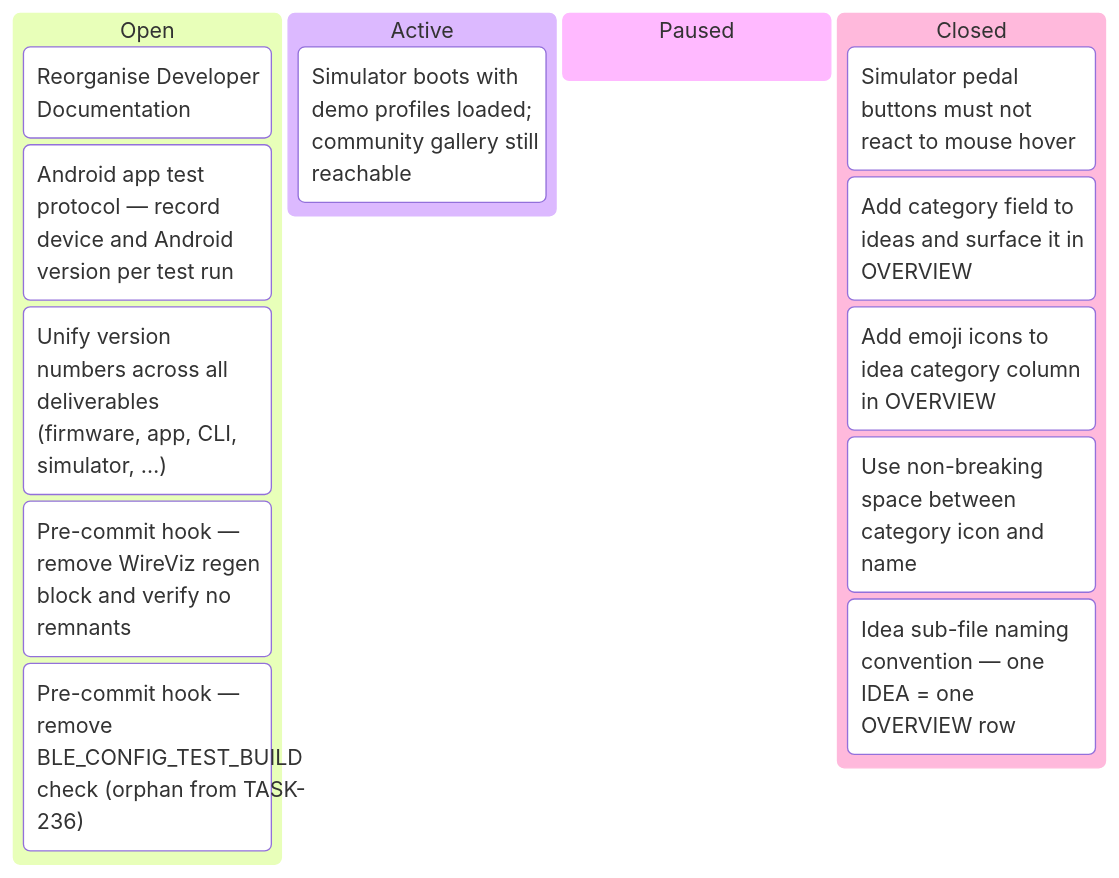
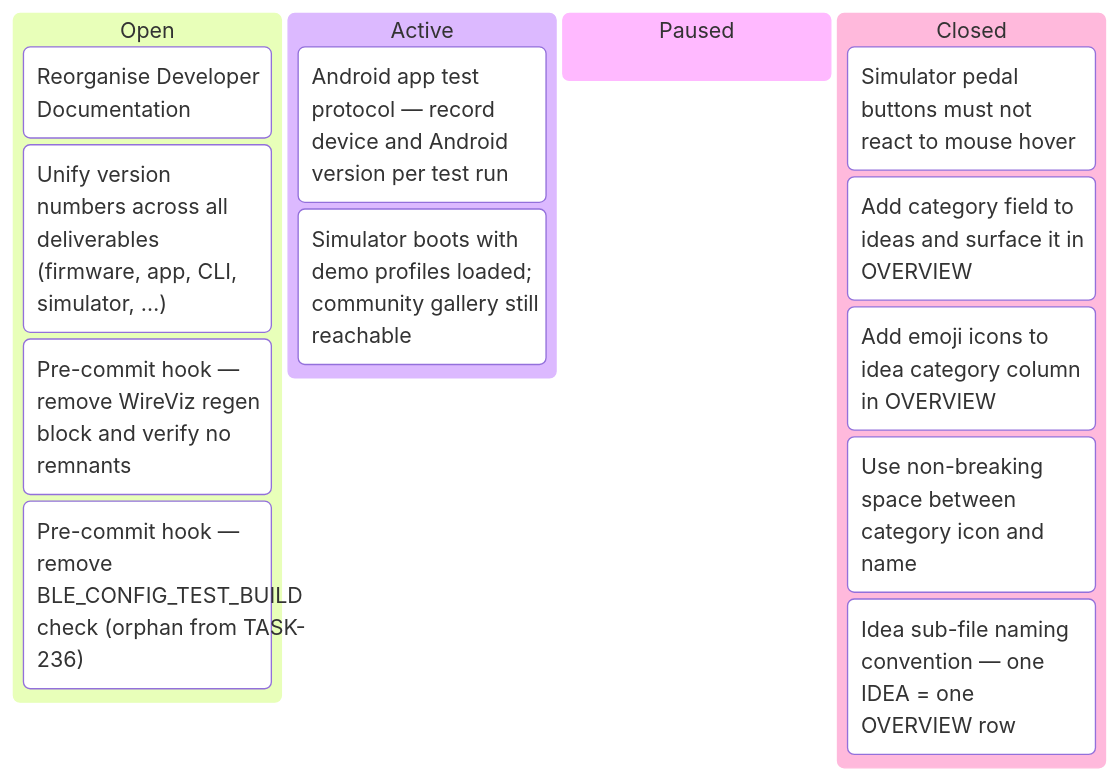
Before and after one commit to tgd1975/AwesomeStudioPedal: the sixth of 6 diagrams in docs/developers/tasks/KANBAN.md, drawn with Mermaid. The commit also changed other lines of this file and 4 other files, not shown here.

````diff
--- a/docs/developers/tasks/KANBAN.md
+++ b/docs/developers/tasks/KANBAN.md
@@ -88,18 +88,18 @@
 ```mermaid
 kanban
   Open
     TASK_148["Reorganise Developer Documentation"]
-    TASK_259["Android app test protocol — record device and Android version per test run"]
     TASK_260["Unify version numbers across all deliverables (firmware, app, CLI, simulator, …)"]
     TASK_319["Pre-commit hook — remove WireViz regen block and verify no remnants"]
     TASK_320["Pre-commit hook — remove BLE_CONFIG_TEST_BUILD check (orphan from TASK-236)"]
   Active
+    TASK_259["Android app test protocol — record device and Android version per test run"]
     TASK_303["Simulator boots with demo profiles loaded; community gallery still reachable"]
   Paused
   Closed
     TASK_304["Simulator pedal buttons must not react to mouse hover"]
     TASK_305["Add category field to ideas and surface it in OVERVIEW"]
     TASK_313["Add emoji icons to idea category column in OVERVIEW"]
     TASK_314["Use non-breaking space between category icon and name"]
     TASK_315["Idea sub-file naming convention — one IDEA = one OVERVIEW row"]
 ```
````
